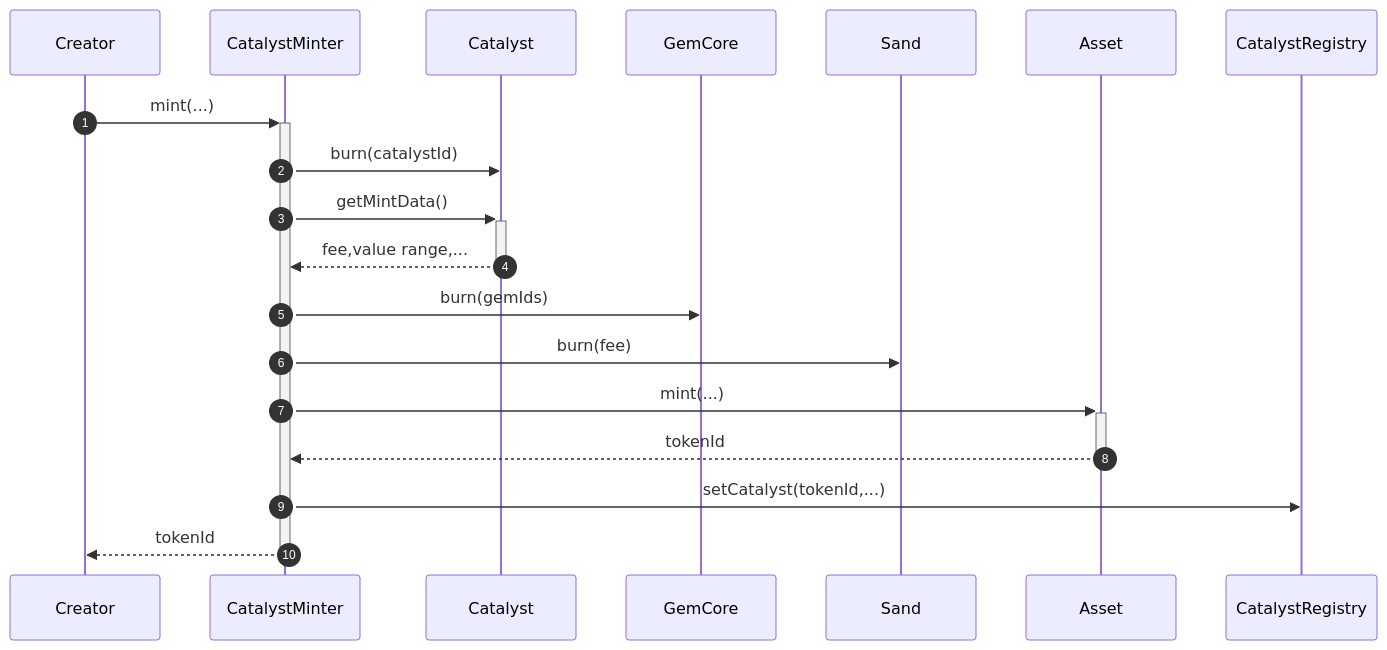
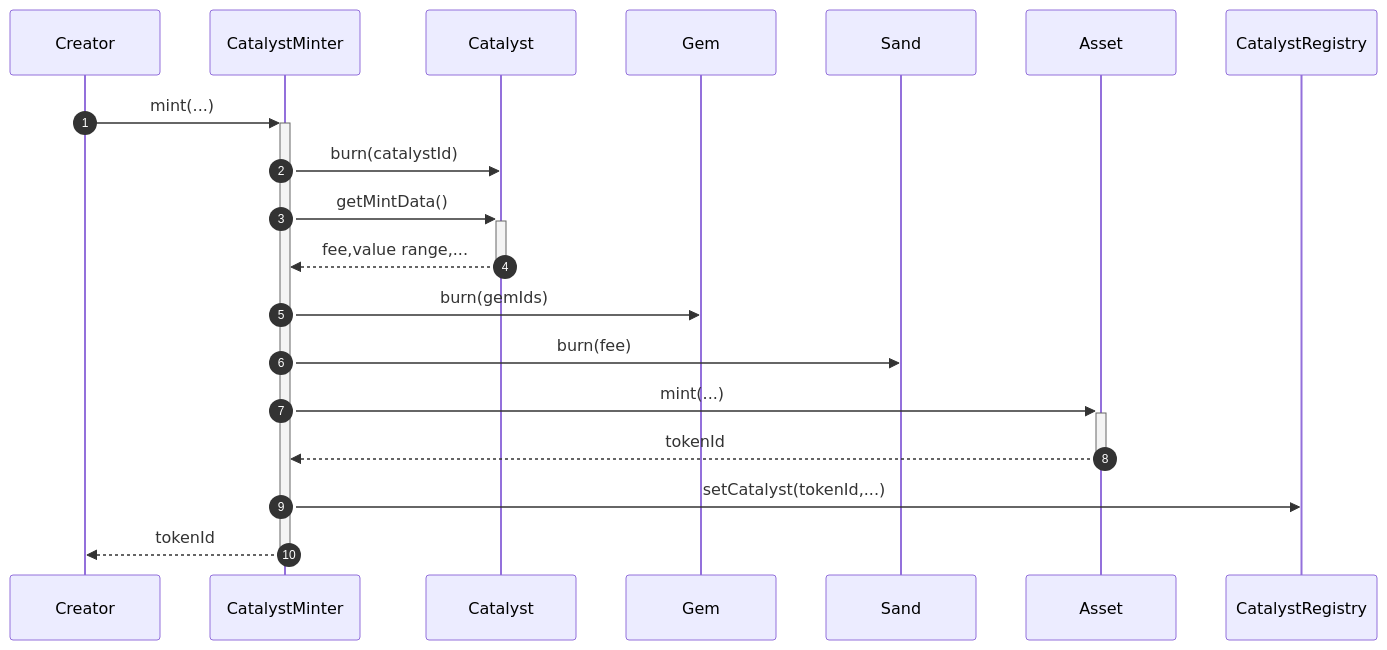
Before and after one commit to block-ninja/sandbox-smart-contracts: the diagram in documentation/diagrams/catalysts/minter_flow.mmd, drawn with Mermaid. The commit also changed 10 other files, not shown here.

```diff
--- a/documentation/diagrams/catalysts/minter_flow.mmd
+++ b/documentation/diagrams/catalysts/minter_flow.mmd
@@ -1,12 +1,12 @@
 sequenceDiagram
   autonumber
   Creator->>+CatalystMinter: mint(...)
   CatalystMinter->>Catalyst: burn(catalystId)
   CatalystMinter->>+Catalyst: getMintData()
   Catalyst-->>-CatalystMinter: fee,value range,...
-  CatalystMinter->>GemCore: burn(gemIds)
+  CatalystMinter->>Gem: burn(gemIds)
   CatalystMinter->>Sand: burn(fee)
   CatalystMinter->>+Asset: mint(...)
   Asset-->>-CatalystMinter: tokenId
   CatalystMinter->>CatalystRegistry: setCatalyst(tokenId,...)
   CatalystMinter-->>-Creator: tokenId
```
